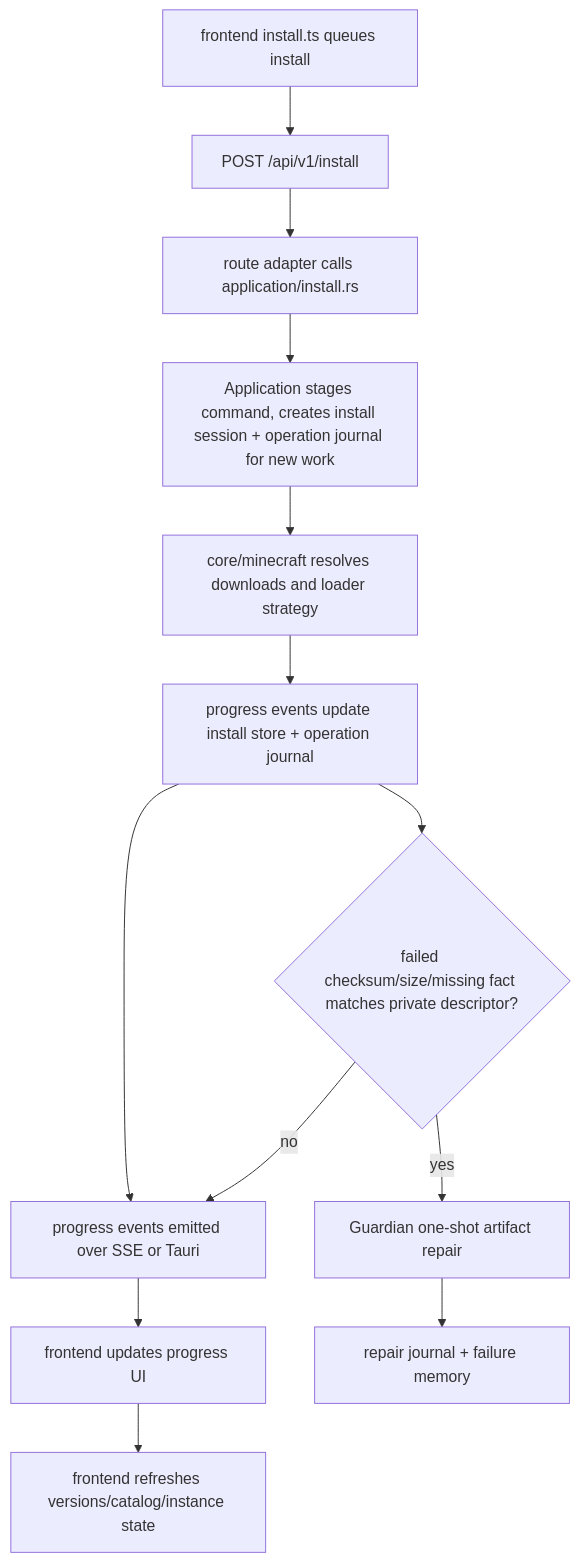
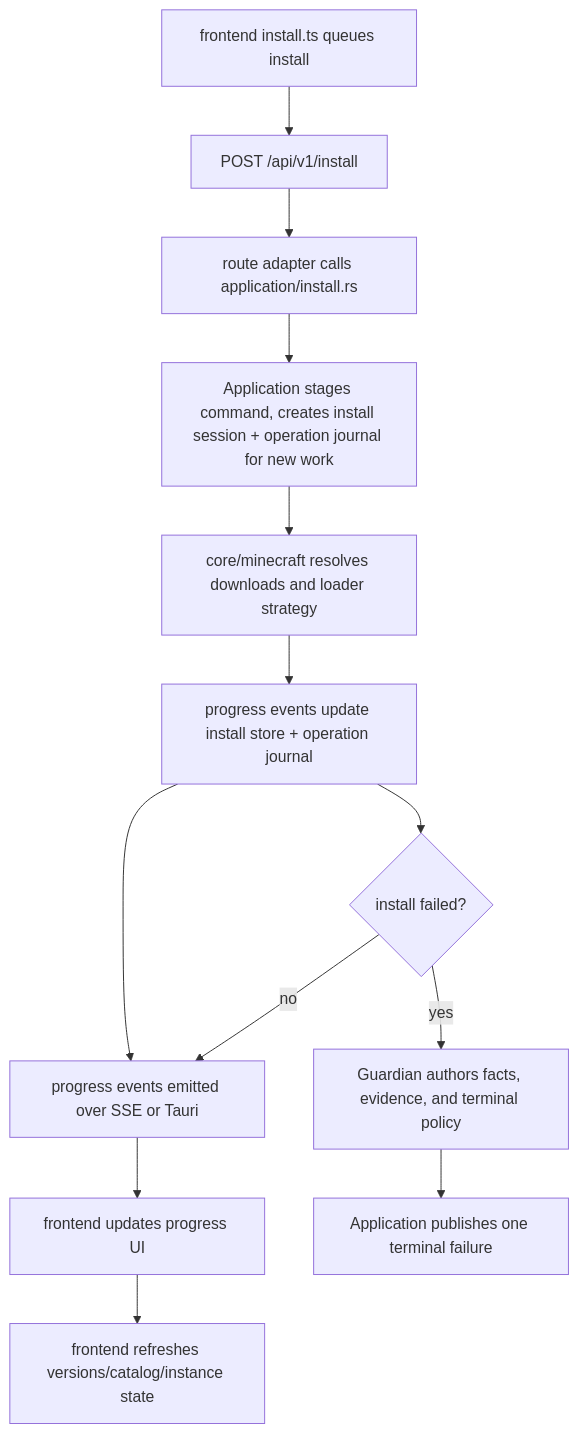
One commit to killedoxygen/axial changed the seventh of 9 diagrams in docs/ARCHITECTURE.md. Above: the diagram before and after it, drawn with Mermaid. The commit also changed other lines of this file and 27 other files, not shown here.

Commit message:
refactor(guardian): delete legacy install repair paths

````diff
--- a/docs/ARCHITECTURE.md
+++ b/docs/ARCHITECTURE.md
@@ -326,15 +326,15 @@
 ```mermaid
 flowchart TD
     A[frontend install.ts queues install] --> B[POST /api/v1/install]
     B --> C[route adapter calls application/install.rs]
     C --> D[Application stages command, creates install session + operation journal for new work]
     D --> E[core/minecraft resolves downloads and loader strategy]
     E --> F[progress events update install store + operation journal]
     F --> G[progress events emitted over SSE or Tauri]
     G --> H[frontend updates progress UI]
     H --> I[frontend refreshes versions/catalog/instance state]
-    F --> J{failed checksum/size/missing fact matches private descriptor?}
-    J -->|yes| K[Guardian one-shot artifact repair]
+    F --> J{install failed?}
     J -->|no| G
-    K --> L[repair journal + failure memory]
+    J -->|yes| K[Guardian authors facts, evidence, and terminal policy]
+    K --> L[Application publishes one terminal failure]
 ```
````
